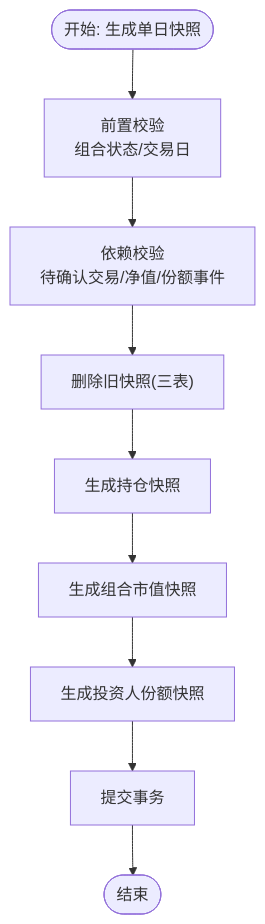
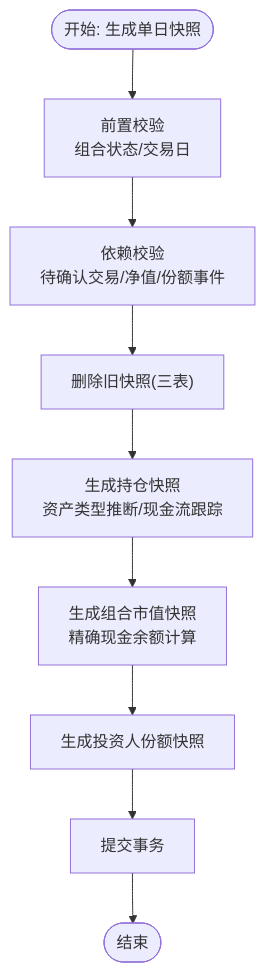
The third of 4 diagrams in .qoder/repowiki/zh/content/核心业务功能/净值快照系统.md (gujialind/InvestRing), drawn with Mermaid before and after one commit. The commit also changed other lines of this file and 44 other files, not shown here.

````diff
--- a/.qoder/repowiki/zh/content/核心业务功能/净值快照系统.md
+++ b/.qoder/repowiki/zh/content/核心业务功能/净值快照系统.md
@@ -165,11 +183,11 @@
 ```mermaid
 flowchart TD
 Start(["开始: 生成单日快照"]) --> PreCheck["前置校验<br/>组合状态/交易日"]
 PreCheck --> DepCheck["依赖校验<br/>待确认交易/净值/份额事件"]
 DepCheck --> DeleteOld["删除旧快照(三表)"]
-DeleteOld --> GenPos["生成持仓快照"]
-GenPos --> GenVal["生成组合市值快照"]
+DeleteOld --> GenPos["生成持仓快照<br/>资产类型推断/现金流跟踪"]
+GenPos --> GenVal["生成组合市值快照<br/>精确现金余额计算"]
 GenVal --> GenHold["生成投资人份额快照"]
 GenHold --> Commit["提交事务"]
 Commit --> End(["结束"])
 ```
````
